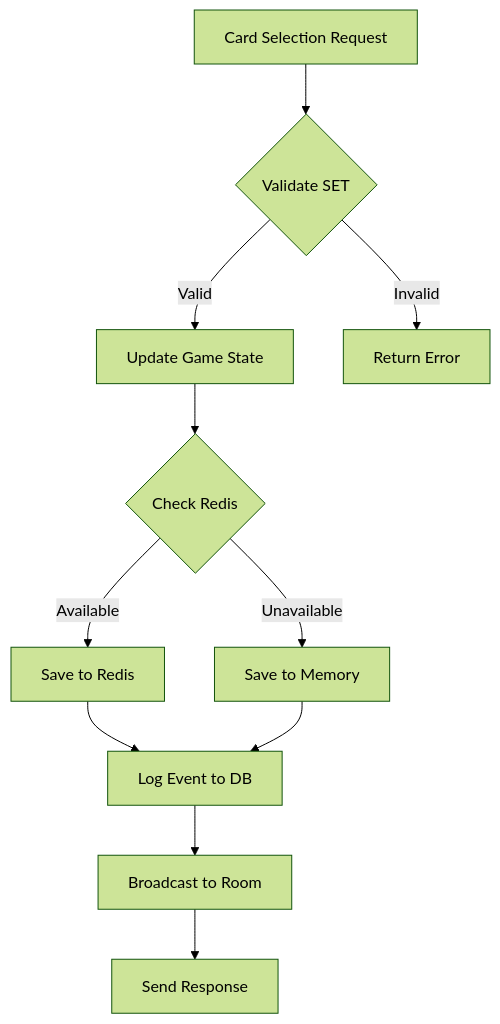
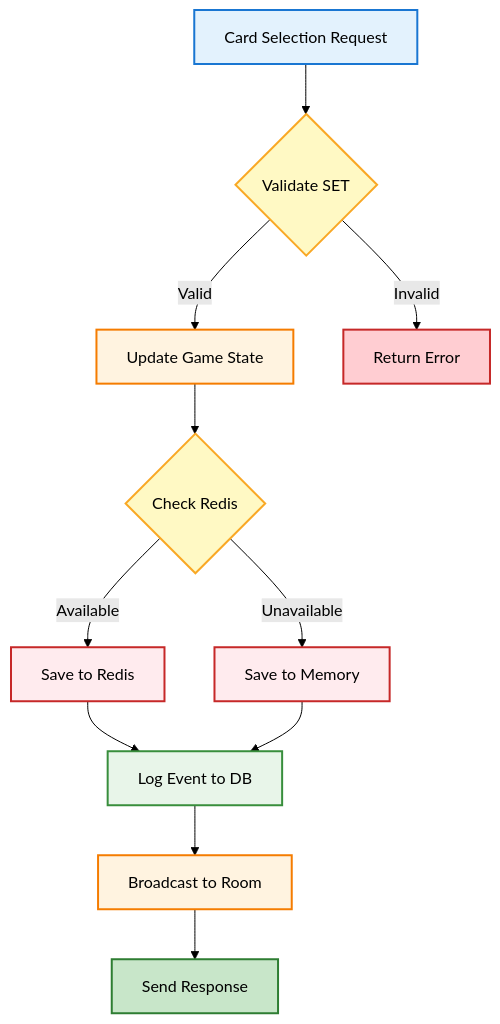
The third of 4 diagrams in docs/backend/README.md (hamza-berahma/set-game), drawn with Mermaid (forest theme) before and after one commit. The commit also changed other lines of this file and 7 other files, not shown here.

````diff
--- a/docs/backend/README.md
+++ b/docs/backend/README.md
@@ -125,15 +145,31 @@
 ```mermaid
 flowchart TD
     Request[Card Selection Request] --> Validate{Validate SET}
     Validate -->|Valid| UpdateState[Update Game State]
     Validate -->|Invalid| Error[Return Error]
     
     UpdateState --> CheckCache{Check Redis}
     CheckCache -->|Available| SaveRedis[Save to Redis]
     CheckCache -->|Unavailable| SaveMemory[Save to Memory]
     
     SaveRedis --> LogEvent[Log Event to DB]
     SaveMemory --> LogEvent
     LogEvent --> Broadcast[Broadcast to Room]
     Broadcast --> Response[Send Response]
+    
+    classDef request fill:#E3F2FD,stroke:#1976D2,stroke-width:2px,color:#000
+    classDef process fill:#FFF3E0,stroke:#F57C00,stroke-width:2px,color:#000
+    classDef decision fill:#FFF9C4,stroke:#F9A825,stroke-width:2px,color:#000
+    classDef redis fill:#FFEBEE,stroke:#C62828,stroke-width:2px,color:#000
+    classDef database fill:#E8F5E9,stroke:#388E3C,stroke-width:2px,color:#000
+    classDef success fill:#C8E6C9,stroke:#2E7D32,stroke-width:2px,color:#000
+    classDef error fill:#FFCDD2,stroke:#C62828,stroke-width:2px,color:#000
+    
+    class Request,Response request
+    class UpdateState,LogEvent,Broadcast process
+    class Validate,CheckCache decision
+    class SaveRedis,SaveMemory redis
+    class LogEvent database
+    class Response success
+    class Error error
 ```
````
